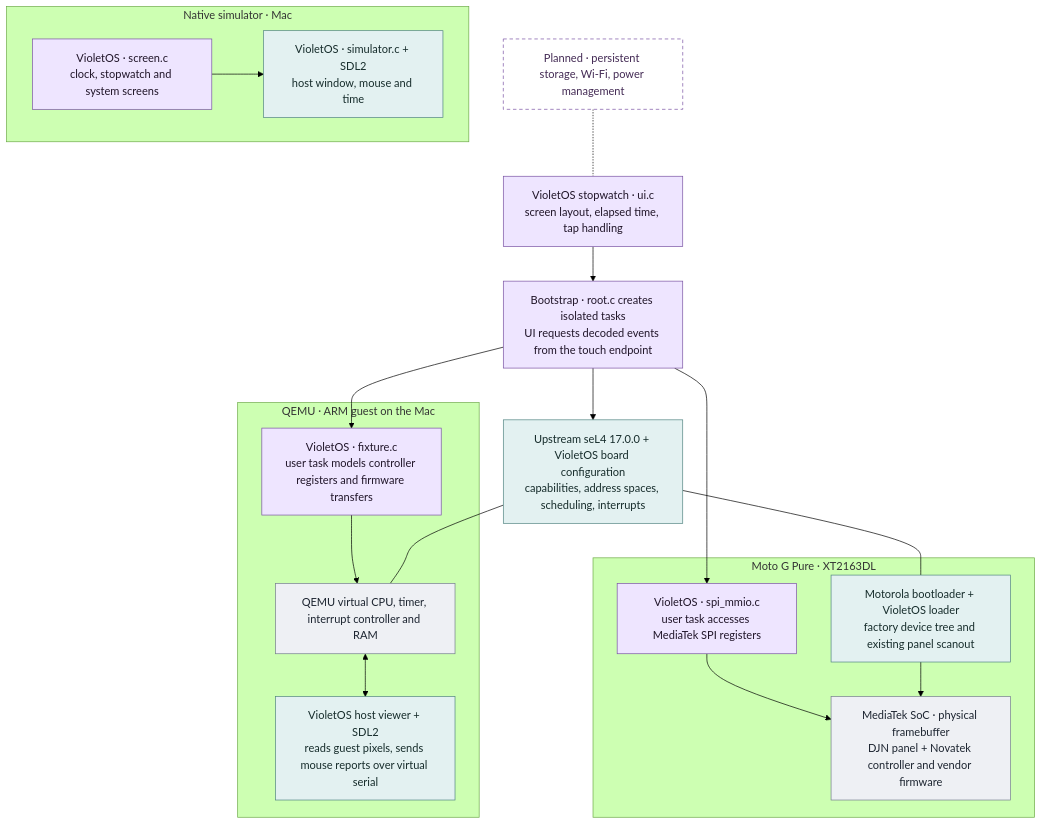
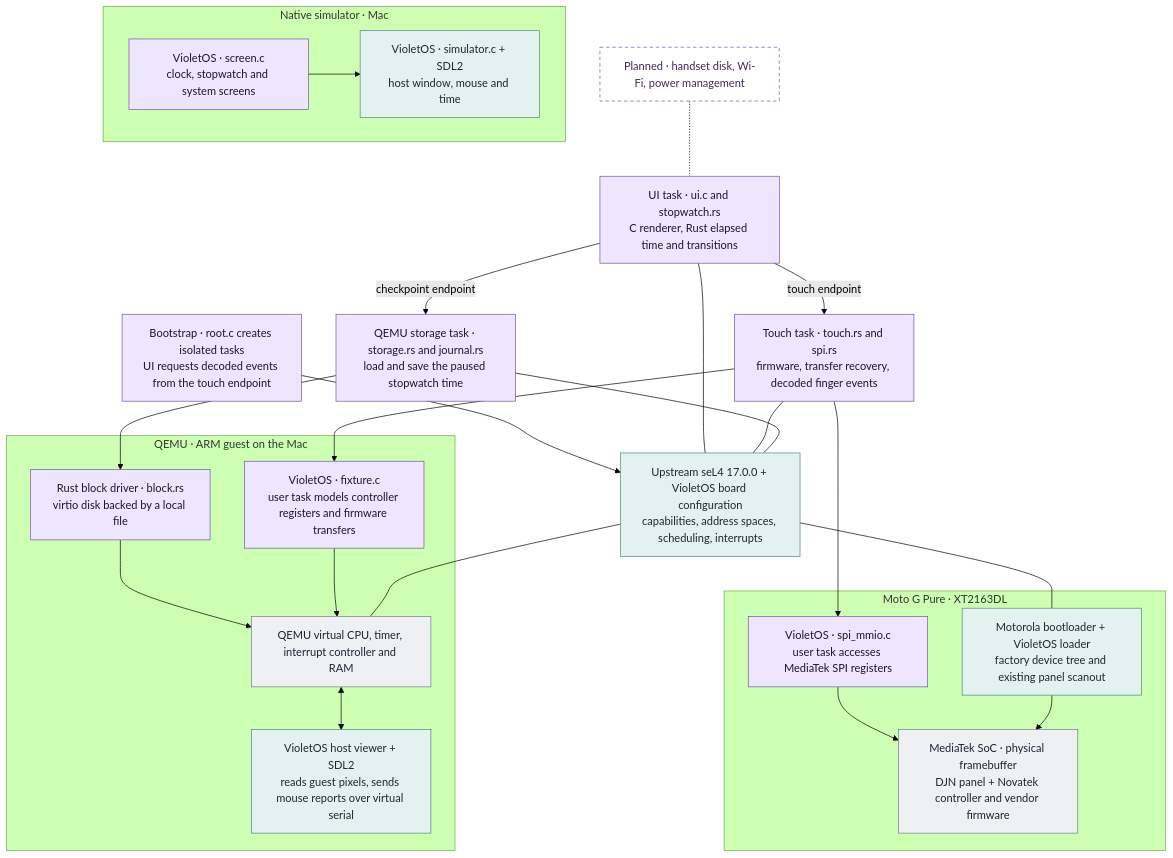
The diagram in README.md (Immortal-Protocols/VioletOS), drawn with Mermaid (forest theme) before and after one commit. The commit also changed other lines of this file and 13 other files, not shown here.

Commit message:
Add an isolated Rust checkpoint service backed by persistent QEMU disk

````diff
--- a/README.md
+++ b/README.md
@@ -26,37 +28,47 @@
 ```mermaid
 flowchart TB
-    future["Planned · persistent storage, Wi-Fi, power management"]:::plan
-    ui["VioletOS stopwatch · ui.c<br/>screen layout, elapsed time, tap handling"]:::ours
+    future["Planned · handset disk, Wi-Fi, power management"]:::plan
+    ui["UI task · ui.c and stopwatch.rs<br/>C renderer, Rust elapsed time and transitions"]:::ours
     task["Bootstrap · root.c creates isolated tasks<br/>UI requests decoded events from the touch endpoint"]:::ours
     kernel["Upstream seL4 17.0.0 + VioletOS board configuration<br/>capabilities, address spaces, scheduling, interrupts"]:::mixed
     future -.- ui
-    ui --> task --> kernel
+    touch["Touch task · touch.rs and spi.rs<br/>firmware, transfer recovery, decoded finger events"]:::ours
+    store["QEMU storage task · storage.rs and journal.rs<br/>load and save the paused stopwatch time"]:::ours
+    ui -->|touch endpoint| touch
+    ui -->|checkpoint endpoint| store
+    task --> kernel
+    ui --- kernel
+    touch --- kernel
+    store --- kernel
 
     subgraph moto["Moto G Pure · XT2163DL"]
         mdrv["VioletOS · spi_mmio.c<br/>user task accesses MediaTek SPI registers"]:::ours
         mboot["Motorola bootloader + VioletOS loader<br/>factory device tree and existing panel scanout"]:::mixed
         mhw["MediaTek SoC · physical framebuffer<br/>DJN panel + Novatek controller and vendor firmware"]:::external
         mdrv --> mhw
         mboot --> mhw
     end
     subgraph emu["QEMU · ARM guest on the Mac"]
         edrv["VioletOS · fixture.c<br/>user task models controller registers and firmware transfers"]:::ours
         eq["QEMU virtual CPU, timer, interrupt controller and RAM"]:::external
         view["VioletOS host viewer + SDL2<br/>reads guest pixels, sends mouse reports over virtual serial"]:::mixed
+        block["Rust block driver · block.rs<br/>virtio disk backed by a local file"]:::ours
+        block --> eq
         edrv --> eq
         eq <--> view
     end
     subgraph sim["Native simulator · Mac"]
         sui["VioletOS · screen.c<br/>clock, stopwatch and system screens"]:::ours
         shost["VioletOS · simulator.c + SDL2<br/>host window, mouse and time"]:::mixed
         sui --> shost
     end
     kernel --- mboot
     kernel --- eq
-    task --> mdrv
-    task --> edrv
+    touch --> mdrv
+    touch --> edrv
+    store --> block
     classDef ours fill:#eee5ff,stroke:#7952a3,color:#201529
     classDef mixed fill:#e3f1f1,stroke:#518481,color:#162c2b
     classDef external fill:#eef0f4,stroke:#747d8d,color:#1c2430
     classDef plan fill:#fff,stroke:#7952a3,stroke-dasharray:5 4,color:#432a54
 ```
````
